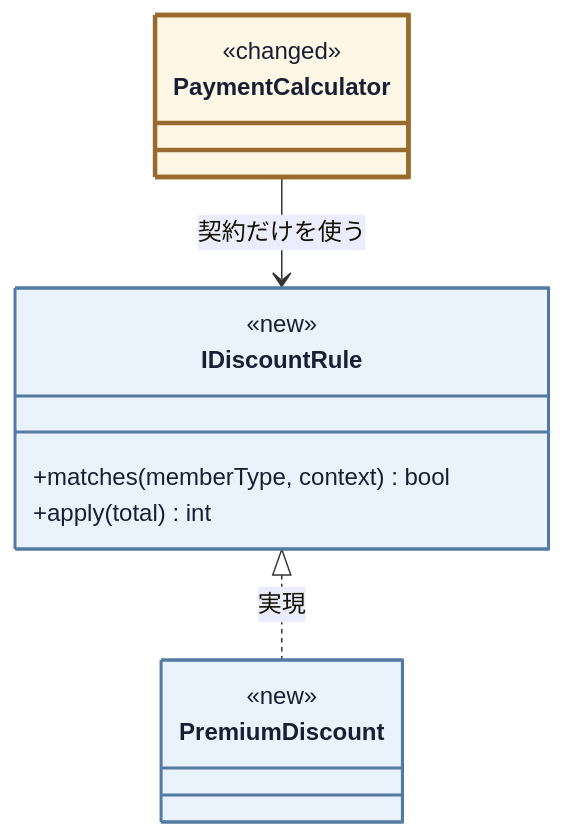
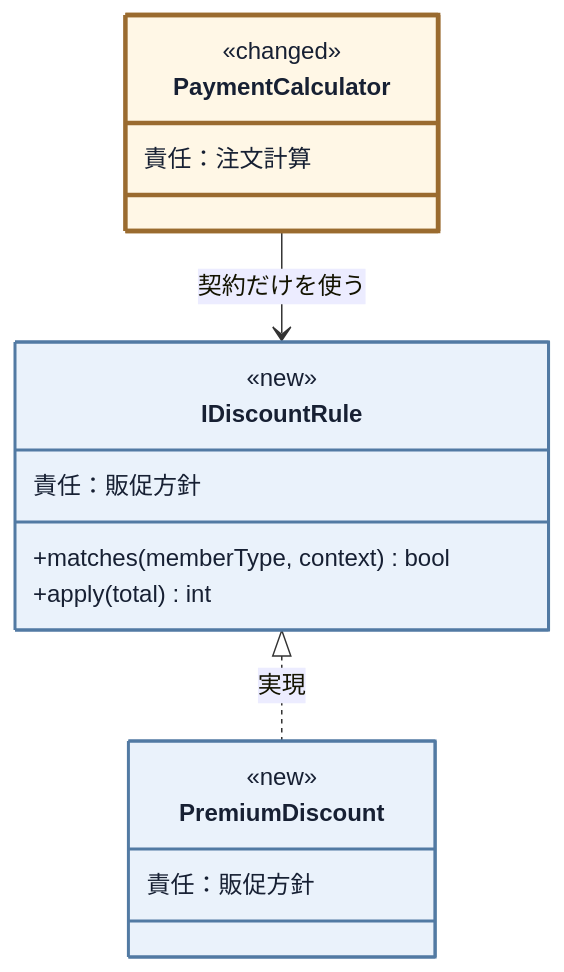
One commit to kumachan1101-pixel/DesignPattern changed the tenth of 18 diagrams in kindle/design-patterns/books/volume01-core-patterns/output/03-chapter01.md. Above: the diagram before and after it, drawn with Mermaid. The commit also changed other lines of this file and 19 other files, not shown here.

````diff
--- a/kindle/design-patterns/books/volume01-core-patterns/output/03-chapter01.md
+++ b/kindle/design-patterns/books/volume01-core-patterns/output/03-chapter01.md
@@ -1435,21 +1426,24 @@
 ```mermaid
 classDiagram
     direction TB
     class PaymentCalculator:::touched {
         <<changed>>
+        責任：注文計算
     }
     class IDiscountRule:::added {
         <<new>>
         <<interface>>
+        責任：販促方針
         +matches(memberType, context) bool
         +apply(total) int
     }
     class PremiumDiscount:::added {
         <<new>>
+        責任：販促方針
     }
     PaymentCalculator --> IDiscountRule : 契約だけを使う
     IDiscountRule <|.. PremiumDiscount : 実現
 
     classDef added fill:#eaf2fb,stroke:#527aa3,stroke-width:2px,color:#172033;
     classDef touched fill:#fff7e6,stroke:#9a6b2f,stroke-width:3px,color:#172033;
 ```
````
